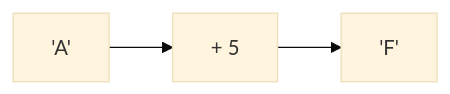
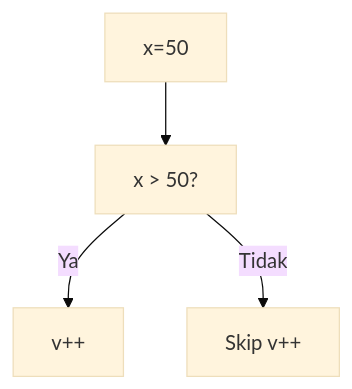
One commit to amnahwaida/OSNK_INF_PREP changed the third of 25 diagrams in part-c-pemahaman-cpp/02-percabangan/latihan/set-03.md. Above: the diagram before and after it, drawn with Mermaid (base theme). The commit also changed other lines of this file and 71 other files, not shown here.

````diff
--- a/part-c-pemahaman-cpp/02-percabangan/latihan/set-03.md
+++ b/part-c-pemahaman-cpp/02-percabangan/latihan/set-03.md
@@ -124,5 +78,6 @@
 ```mermaid
-graph LR
-A["'A'"] --> B["+ 5"]
-B --> C["'F'"]
+graph TD
+A["x=50"] --> B["x > 50?"]
+B -- Ya --> C["v++"]
+B -- Tidak --> D["Skip v++"]
 ```
````
